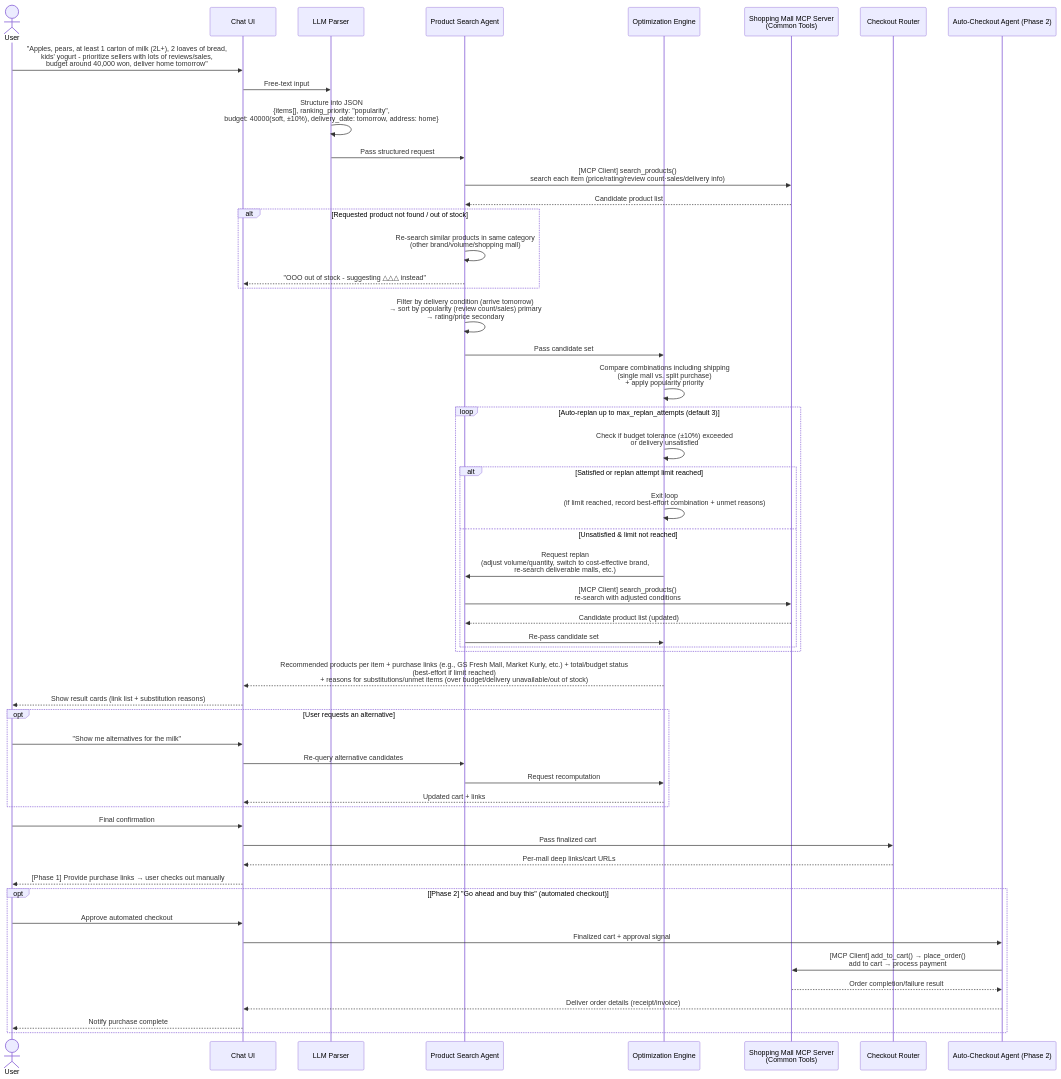
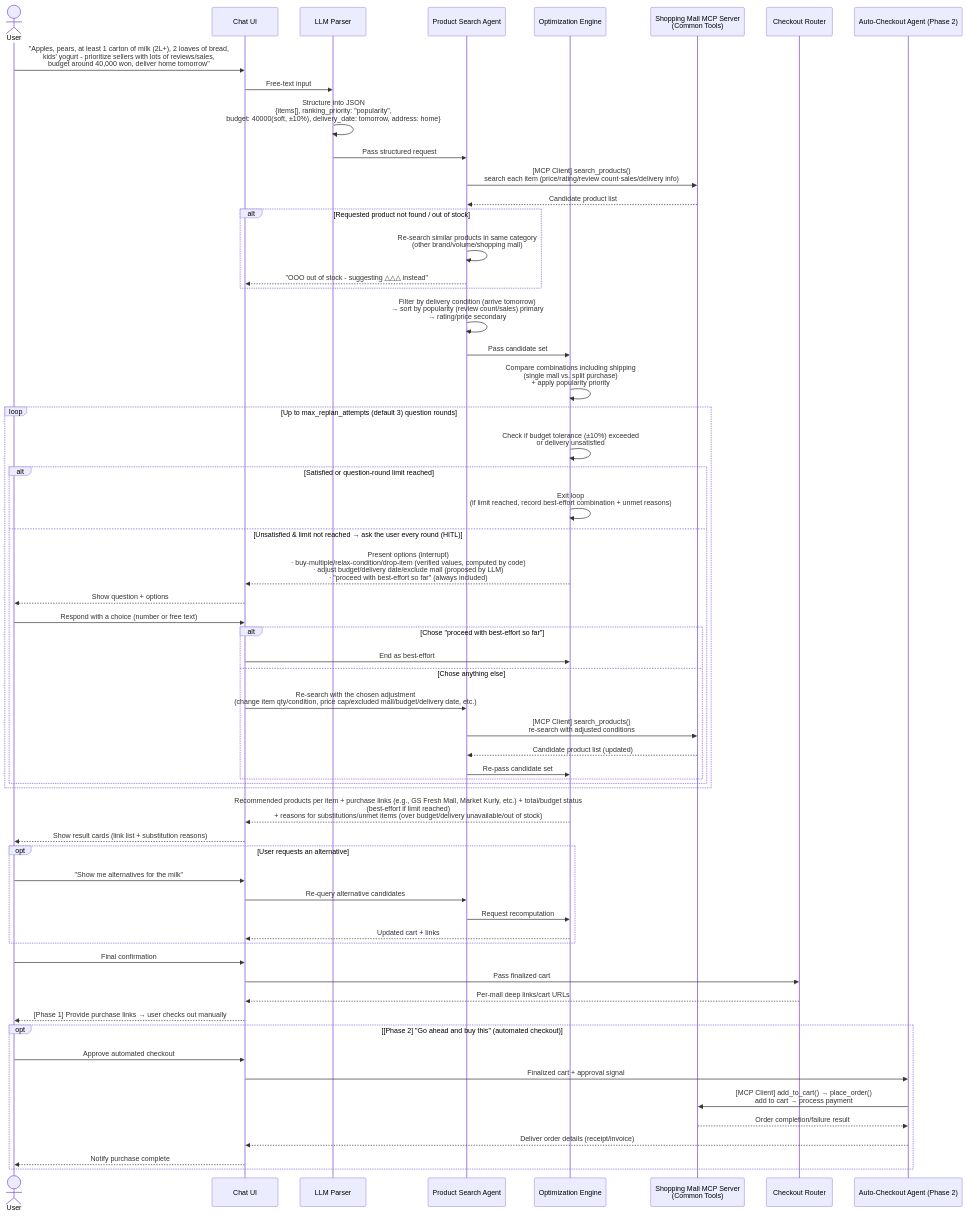
The fourth of 4 diagrams in README.en.md (ace19-dev/SmartCart_Agent), drawn with Mermaid before and after one commit. The commit also changed other lines of this file and 37 other files, not shown here.

First line of the commit message:
Switch replanning to per-round HITL and add Phase 1 implementation skeleton

````diff
--- a/README.en.md
+++ b/README.en.md
@@ -260,63 +263,70 @@
 ```mermaid
 sequenceDiagram
     actor User
     participant UI as Chat UI
     participant Parser as LLM Parser
     participant Search as Product Search Agent
     participant Optimizer as Optimization Engine
     participant Mall as Shopping Mall MCP Server<br/>(Common Tools)
     participant Router as Checkout Router
     participant Purchase as Auto-Checkout Agent (Phase 2)
 
     User->>UI: "Apples, pears, at least 1 carton of milk (2L+), 2 loaves of bread,<br/>kids' yogurt - prioritize sellers with lots of reviews/sales,<br/>budget around 40,000 won, deliver home tomorrow"
     UI->>Parser: Free-text input
     Parser->>Parser: Structure into JSON<br/>{items[], ranking_priority: "popularity",<br/>budget: 40000(soft, ±10%), delivery_date: tomorrow, address: home}
     Parser->>Search: Pass structured request
     Search->>Mall: [MCP Client] search_products()<br/>search each item (price/rating/review count·sales/delivery info)
     Mall-->>Search: Candidate product list
 
     alt Requested product not found / out of stock
         Search->>Search: Re-search similar products in same category<br/>(other brand/volume/shopping mall)
         Search-->>UI: "OOO out of stock - suggesting △△△ instead"
     end
 
     Search->>Search: Filter by delivery condition (arrive tomorrow)<br/>→ sort by popularity (review count/sales) primary<br/>→ rating/price secondary
     Search->>Optimizer: Pass candidate set
     Optimizer->>Optimizer: Compare combinations including shipping<br/>(single mall vs. split purchase)<br/>+ apply popularity priority
 
-    loop Auto-replan up to max_replan_attempts (default 3)
+    loop Up to max_replan_attempts (default 3) question rounds
         Optimizer->>Optimizer: Check if budget tolerance (±10%) exceeded<br/>or delivery unsatisfied
-        alt Satisfied or replan attempt limit reached
+        alt Satisfied or question-round limit reached
             Optimizer->>Optimizer: Exit loop<br/>(if limit reached, record best-effort combination + unmet reasons)
-        else Unsatisfied & limit not reached
-            Optimizer->>Search: Request replan<br/>(adjust volume/quantity, switch to cost-effective brand,<br/>re-search deliverable malls, etc.)
-            Search->>Mall: [MCP Client] search_products()<br/>re-search with adjusted conditions
-            Mall-->>Search: Candidate product list (updated)
-            Search->>Optimizer: Re-pass candidate set
+        else Unsatisfied & limit not reached → ask the user every round (HITL)
+            Optimizer-->>UI: Present options (interrupt)<br/>· buy-multiple/relax-condition/drop-item (verified values, computed by code)<br/>· adjust budget/delivery date/exclude mall (proposed by LLM)<br/>· "proceed with best-effort so far" (always included)
+            UI-->>User: Show question + options
+            User->>UI: Respond with a choice (number or free text)
+            alt Chose "proceed with best-effort so far"
+                UI->>Optimizer: End as best-effort
+            else Chose anything else
+                UI->>Search: Re-search with the chosen adjustment<br/>(change item qty/condition, price cap/excluded mall/budget/delivery date, etc.)
+                Search->>Mall: [MCP Client] search_products()<br/>re-search with adjusted conditions
+                Mall-->>Search: Candidate product list (updated)
+                Search->>Optimizer: Re-pass candidate set
+            end
         end
     end
 
     Optimizer-->>UI: Recommended products per item + purchase links (e.g., GS Fresh Mall, Market Kurly, etc.) + total/budget status<br/>(best-effort if limit reached)<br/>+ reasons for substitutions/unmet items (over budget/delivery unavailable/out of stock)
     UI-->>User: Show result cards (link list + substitution reasons)
 
     opt User requests an alternative
         User->>UI: "Show me alternatives for the milk"
         UI->>Search: Re-query alternative candidates
         Search->>Optimizer: Request recomputation
         Optimizer-->>UI: Updated cart + links
     end
 
     User->>UI: Final confirmation
     UI->>Router: Pass finalized cart
     Router-->>UI: Per-mall deep links/cart URLs
     UI-->>User: [Phase 1] Provide purchase links → user checks out manually
 
     opt [Phase 2] "Go ahead and buy this" (automated checkout)
         User->>UI: Approve automated checkout
         UI->>Purchase: Finalized cart + approval signal
         Purchase->>Mall: [MCP Client] add_to_cart() → place_order()<br/>add to cart → process payment
         Mall-->>Purchase: Order completion/failure result
         Purchase-->>UI: Deliver order details (receipt/invoice)
         UI-->>User: Notify purchase complete
     end
 ```
````
